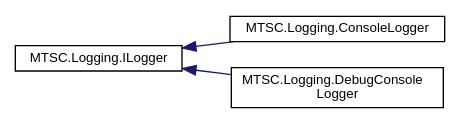
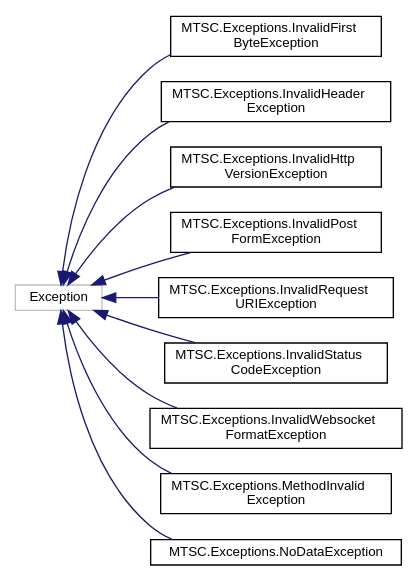
The diagram in docs/inherit_graph_10.dot (AlexMacocian/MTSC), drawn with Graphviz before and after one commit. The commit also changed 348 other files, not shown here.

```diff
--- a/docs/inherit_graph_10.dot
+++ b/docs/inherit_graph_10.dot
@@ -1,12 +1,26 @@
 digraph "Graphical Class Hierarchy"
 {
  // LATEX_PDF_SIZE
   edge [fontname="Helvetica",fontsize="10",labelfontname="Helvetica",labelfontsize="10"];
   node [fontname="Helvetica",fontsize="10",shape=record];
   rankdir="LR";
-  Node0 [label="MTSC.Logging.ILogger",height=0.2,width=0.4,color="black", fillcolor="white", style="filled",URL="$d6/dcb/interface_m_t_s_c_1_1_logging_1_1_i_logger.html",tooltip="Interface for loggers."];
-  Node0 -> Node1 [dir="back",color="midnightblue",fontsize="10",style="solid",fontname="Helvetica"];
-  Node1 [label="MTSC.Logging.ConsoleLogger",height=0.2,width=0.4,color="black", fillcolor="white", style="filled",URL="$de/dd8/class_m_t_s_c_1_1_logging_1_1_console_logger.html",tooltip="Basic logger that outputs the log messages to the console."];
-  Node0 -> Node2 [dir="back",color="midnightblue",fontsize="10",style="solid",fontname="Helvetica"];
-  Node2 [label="MTSC.Logging.DebugConsole\lLogger",height=0.2,width=0.4,color="black", fillcolor="white", style="filled",URL="$da/dd0/class_m_t_s_c_1_1_logging_1_1_debug_console_logger.html",tooltip=" "];
+  Node32 [label="Exception",height=0.2,width=0.4,color="grey75", fillcolor="white", style="filled",tooltip=" "];
+  Node32 -> Node0 [dir="back",color="midnightblue",fontsize="10",style="solid",fontname="Helvetica"];
+  Node0 [label="MTSC.Exceptions.InvalidFirst\lByteException",height=0.2,width=0.4,color="black", fillcolor="white", style="filled",URL="$d7/d18/class_m_t_s_c_1_1_exceptions_1_1_invalid_first_byte_exception.html",tooltip="Exception in case of first invalid byte for websocket communication."];
+  Node32 -> Node34 [dir="back",color="midnightblue",fontsize="10",style="solid",fontname="Helvetica"];
+  Node34 [label="MTSC.Exceptions.InvalidHeader\lException",height=0.2,width=0.4,color="black", fillcolor="white", style="filled",URL="$d0/d0e/class_m_t_s_c_1_1_exceptions_1_1_invalid_header_exception.html",tooltip="Exception for invalid headers."];
+  Node32 -> Node35 [dir="back",color="midnightblue",fontsize="10",style="solid",fontname="Helvetica"];
+  Node35 [label="MTSC.Exceptions.InvalidHttp\lVersionException",height=0.2,width=0.4,color="black", fillcolor="white", style="filled",URL="$d3/d73/class_m_t_s_c_1_1_exceptions_1_1_invalid_http_version_exception.html",tooltip="Exception in case of Invalid HTTP Version."];
+  Node32 -> Node36 [dir="back",color="midnightblue",fontsize="10",style="solid",fontname="Helvetica"];
+  Node36 [label="MTSC.Exceptions.InvalidPost\lFormException",height=0.2,width=0.4,color="black", fillcolor="white", style="filled",URL="$d9/dea/class_m_t_s_c_1_1_exceptions_1_1_invalid_post_form_exception.html",tooltip="Exception for invalid post forms."];
+  Node32 -> Node37 [dir="back",color="midnightblue",fontsize="10",style="solid",fontname="Helvetica"];
+  Node37 [label="MTSC.Exceptions.InvalidRequest\lURIException",height=0.2,width=0.4,color="black", fillcolor="white", style="filled",URL="$d6/dab/class_m_t_s_c_1_1_exceptions_1_1_invalid_request_u_r_i_exception.html",tooltip="Exception cause by an invalid request URI."];
+  Node32 -> Node38 [dir="back",color="midnightblue",fontsize="10",style="solid",fontname="Helvetica"];
+  Node38 [label="MTSC.Exceptions.InvalidStatus\lCodeException",height=0.2,width=0.4,color="black", fillcolor="white", style="filled",URL="$dd/d91/class_m_t_s_c_1_1_exceptions_1_1_invalid_status_code_exception.html",tooltip="Exception for invalid response status code."];
+  Node32 -> Node39 [dir="back",color="midnightblue",fontsize="10",style="solid",fontname="Helvetica"];
+  Node39 [label="MTSC.Exceptions.InvalidWebsocket\lFormatException",height=0.2,width=0.4,color="black", fillcolor="white", style="filled",URL="$d6/d77/class_m_t_s_c_1_1_exceptions_1_1_invalid_websocket_format_exception.html",tooltip=" "];
+  Node32 -> Node40 [dir="back",color="midnightblue",fontsize="10",style="solid",fontname="Helvetica"];
+  Node40 [label="MTSC.Exceptions.MethodInvalid\lException",height=0.2,width=0.4,color="black", fillcolor="white", style="filled",URL="$de/dab/class_m_t_s_c_1_1_exceptions_1_1_method_invalid_exception.html",tooltip="Invalid HTTP Method Exception."];
+  Node32 -> Node41 [dir="back",color="midnightblue",fontsize="10",style="solid",fontname="Helvetica"];
+  Node41 [label="MTSC.Exceptions.NoDataException",height=0.2,width=0.4,color="black", fillcolor="white", style="filled",URL="$da/d6f/class_m_t_s_c_1_1_exceptions_1_1_no_data_exception.html",tooltip=" "];
 }
```
